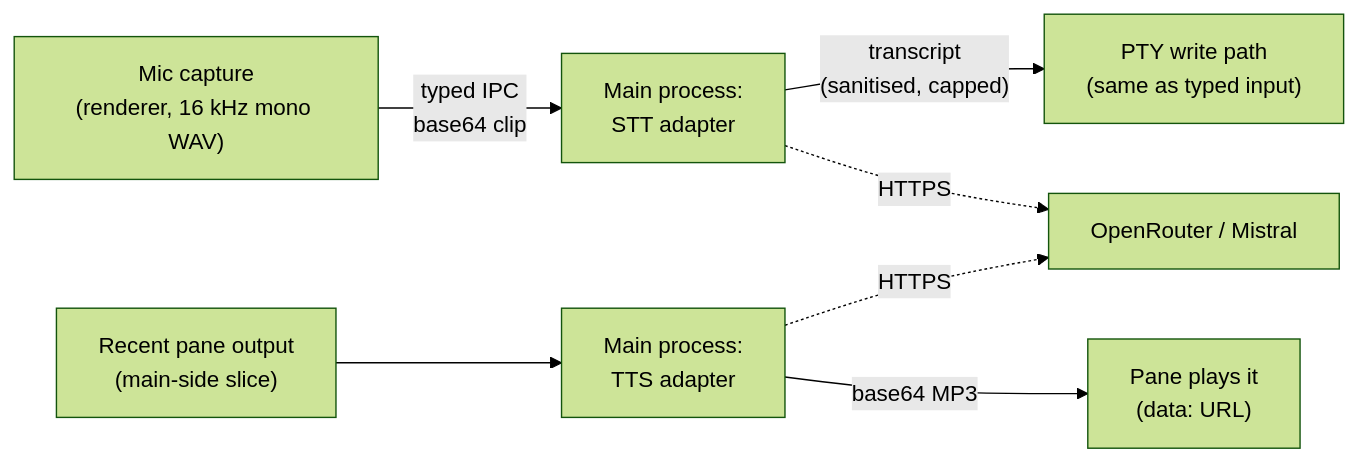
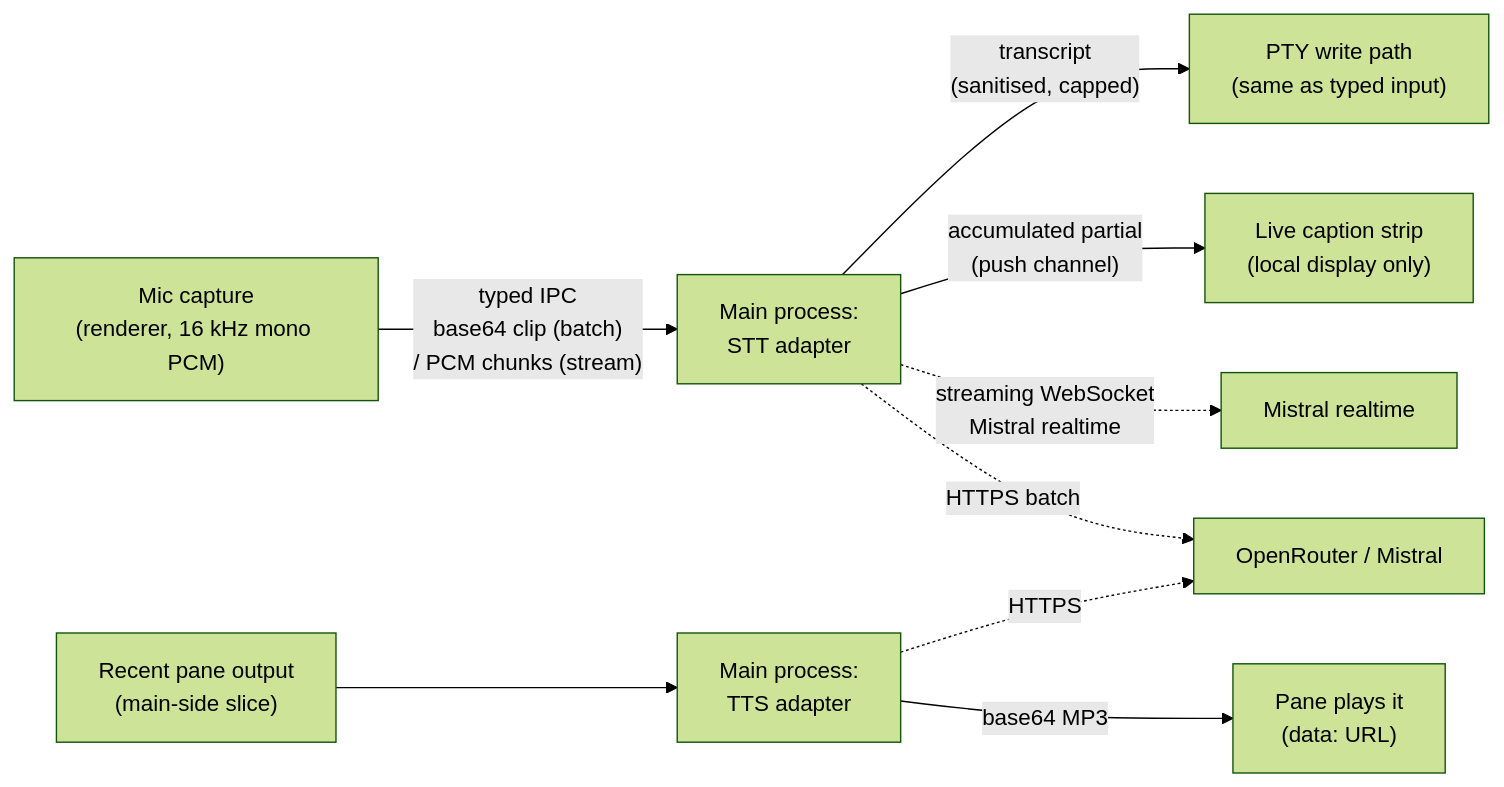
Before and after one commit to vcoeur/condash: the diagram in docs/guides/voice-dictation.md, drawn with Mermaid (forest theme). The commit also changed other lines of this file and 3 other files, not shown here.

Commit message:
voice: document streaming, push-to-talk, and context bias with the new privacy wording

````diff
--- a/docs/guides/voice-dictation.md
+++ b/docs/guides/voice-dictation.md
@@ -16,9 +18,11 @@
 ```mermaid
 flowchart LR
-    A["Mic capture<br/>(renderer, 16 kHz mono WAV)"] -->|"typed IPC<br/>base64 clip"| B["Main process:<br/>STT adapter"]
+    A["Mic capture<br/>(renderer, 16 kHz mono PCM)"] -->|"typed IPC<br/>base64 clip (batch)<br/>/ PCM chunks (stream)"| B["Main process:<br/>STT adapter"]
     B -->|"transcript<br/>(sanitised, capped)"| C["PTY write path<br/>(same as typed input)"]
-    D["Recent pane output<br/>(main-side slice)"] --> E["Main process:<br/>TTS adapter"]
-    E -->|"base64 MP3"| F["Pane plays it<br/>(data: URL)"]
-    B -.->|"HTTPS"| G["OpenRouter / Mistral"]
-    E -.->|"HTTPS"| G
+    B -->|"accumulated partial<br/>(push channel)"| D["Live caption strip<br/>(local display only)"]
+    E["Recent pane output<br/>(main-side slice)"] --> F["Main process:<br/>TTS adapter"]
+    F -->|"base64 MP3"| G["Pane plays it<br/>(data: URL)"]
+    B -.->|"streaming WebSocket<br/>Mistral realtime"| H["Mistral realtime"]
+    B -.->|"HTTPS batch"| I["OpenRouter / Mistral"]
+    F -.->|"HTTPS"| I
 ```
````
